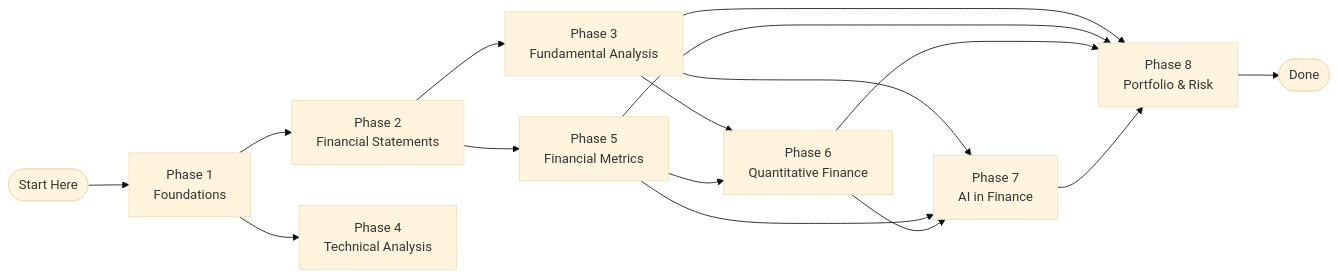
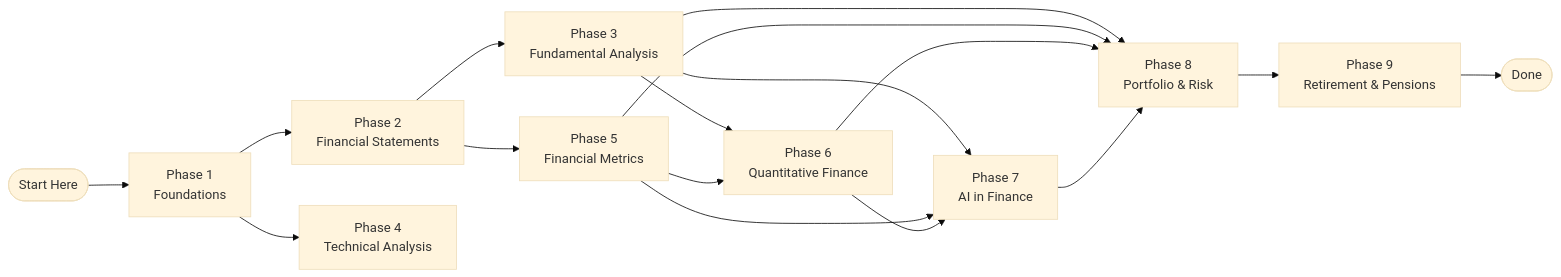
Before and after one commit to Deep084-bot/engineering-notes: the second of 3 diagrams in finance/learning-roadmap.md, drawn with Mermaid (base theme). The commit also changed other lines of this file, not shown here.

Commit message:
Changed the roadmap a bit

````diff
--- a/finance/learning-roadmap.md
+++ b/finance/learning-roadmap.md
@@ -26,26 +28,27 @@
 ```mermaid
 flowchart LR
     START([Start Here]) --> P1
     
     P1[Phase 1<br/>Foundations]
     
     P1 --> P2[Phase 2<br/>Financial Statements]
     P1 --> P4[Phase 4<br/>Technical Analysis]
     
     P2 --> P3[Phase 3<br/>Fundamental Analysis]
     P2 --> P5[Phase 5<br/>Financial Metrics]
     
     P3 --> P6[Phase 6<br/>Quantitative Finance]
     P5 --> P6
     
     P3 --> P7[Phase 7<br/>AI in Finance]
     P5 --> P7
     P6 --> P7
     
     P3 --> P8[Phase 8<br/>Portfolio & Risk]
     P5 --> P8
     P6 --> P8
     P7 --> P8
     
-    P8 --> DONE([Done])
+    P8 --> P9[Phase 9<br/>Retirement & Pensions]
+    P9 --> DONE([Done])
 ```
````
